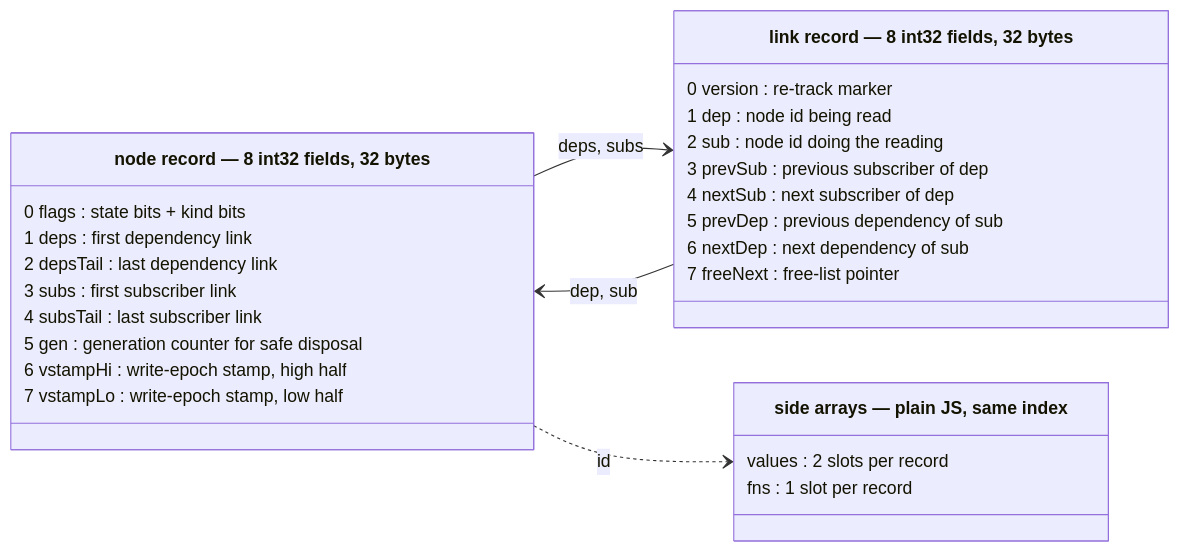
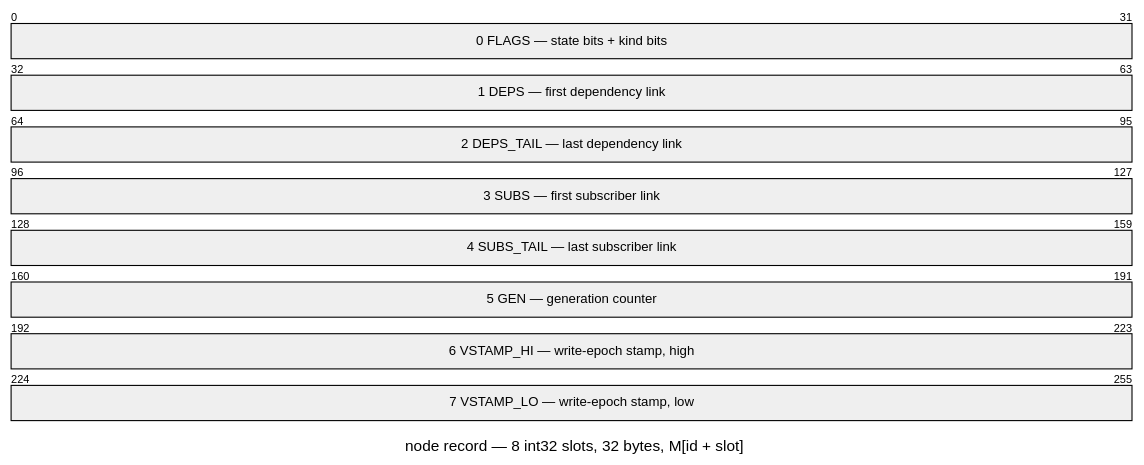
One commit to justjake/alien-signals changed the first of 4 diagrams in README.md. Above: the diagram before and after it, drawn with Mermaid. The commit also changed other lines of this file, not shown here.

Commit message:
readme: draw the record layout as actual packed structs
packet-beta diagrams, one 32-bit row per slot with the real C-enum
field names and offsets, replacing the UML class boxes. Verified to
render on GitHub (packet-beta yes, bare 'packet' no).

````diff
--- a/README.md
+++ b/README.md
@@ -14,31 +14,14 @@
 ```mermaid
-classDiagram
-    direction LR
-    class Node["node record — 8 int32 fields, 32 bytes"] {
-        0 flags : state bits + kind bits
-        1 deps : first dependency link
-        2 depsTail : last dependency link
-        3 subs : first subscriber link
-        4 subsTail : last subscriber link
-        5 gen : generation counter for safe disposal
-        6 vstampHi : write-epoch stamp, high half
-        7 vstampLo : write-epoch stamp, low half
-    }
-    class Link["link record — 8 int32 fields, 32 bytes"] {
-        0 version : re-track marker
-        1 dep : node id being read
-        2 sub : node id doing the reading
-        3 prevSub : previous subscriber of dep
-        4 nextSub : next subscriber of dep
-        5 prevDep : previous dependency of sub
-        6 nextDep : next dependency of sub
-        7 freeNext : free-list pointer
-    }
-    class SideArrays["side arrays — plain JS, same index"] {
-        values : 2 slots per record
-        fns : 1 slot per record
-    }
-    Node --> Link : deps, subs
-    Link --> Node : dep, sub
-    Node ..> SideArrays : id
+---
+title: "node record — 8 int32 slots, 32 bytes, M[id + slot]"
+---
+packet-beta
+0-31: "0 FLAGS — state bits + kind bits"
+32-63: "1 DEPS — first dependency link"
+64-95: "2 DEPS_TAIL — last dependency link"
+96-127: "3 SUBS — first subscriber link"
+128-159: "4 SUBS_TAIL — last subscriber link"
+160-191: "5 GEN — generation counter"
+192-223: "6 VSTAMP_HI — write-epoch stamp, high"
+224-255: "7 VSTAMP_LO — write-epoch stamp, low"
 ```
````
